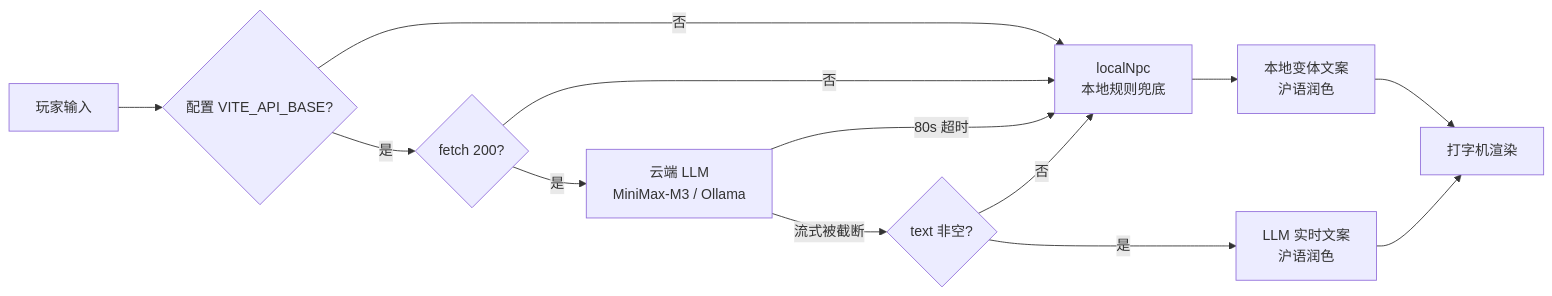
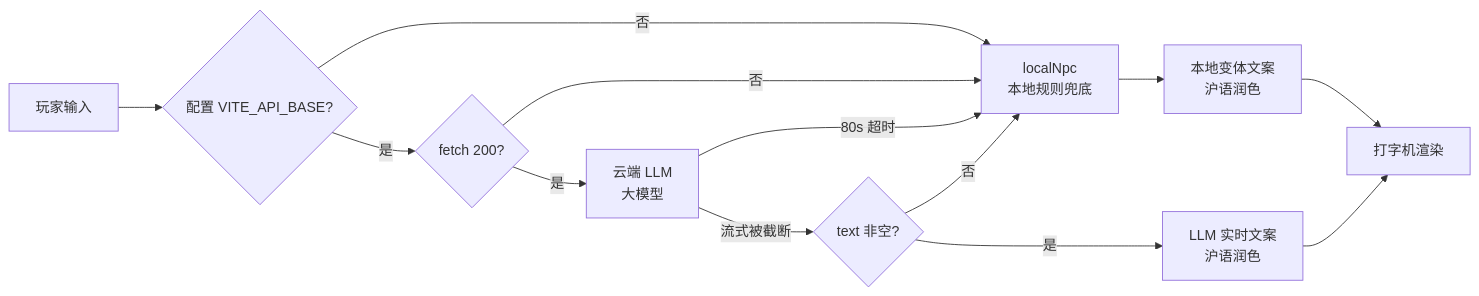
Before and after one commit to Dest1ny-Sec/OPC-AI-game-demo: the second of 2 diagrams in README.md, drawn with Mermaid. The commit also changed other lines of this file and 12 other files, not shown here.

````diff
--- a/README.md
+++ b/README.md
@@ -223,15 +265,15 @@
 ```mermaid
 flowchart LR
     A[玩家输入] --> B{配置 VITE_API_BASE?}
     B -- 否 --> Z[localNpc<br/>本地规则兜底]
     B -- 是 --> C{fetch 200?}
     C -- 否 --> Z
-    C -- 是 --> D[云端 LLM<br/>MiniMax-M3 / Ollama]
+    C -- 是 --> D[云端 LLM<br/>大模型]
     D -- 80s 超时 --> Z
     D -- 流式被截断 --> E{text 非空?}
     E -- 否 --> Z
     E -- 是 --> F[LLM 实时文案<br/>沪语润色]
     Z --> G[本地变体文案<br/>沪语润色]
     F --> H[打字机渲染]
     G --> H
 ```
````
